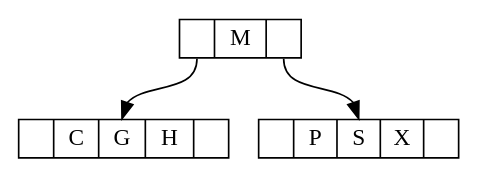
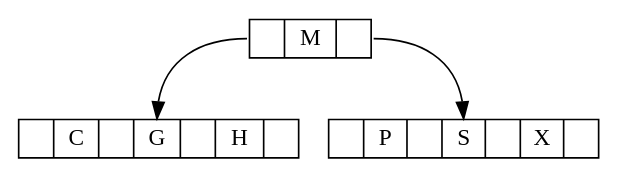
The diagram in Assignment 4/step7.dot (ericfode/CS320), drawn with Graphviz before and after one commit. The commit also changed 10 other files, not shown here.

```diff
--- a/Assignment 4/step7.dot
+++ b/Assignment 4/step7.dot
@@ -1,11 +1,9 @@
 digraph one {
 	node [shape = record, height=.1];
 	node0[label = "<f0> | <f1> M | <f2> "];
-	node1[label = "<f0> | <f1> C | <f2> G |<f3> H | <f4> "];
-	node2[label = "<f0> | <f1> P |<f2> S |<f3> X | <f4> "];
+	node1[label = "<f0> | <f1> C || <f2> G ||<f3> H | <f4> "];
+	node2[label = "<f0> | <f1> P ||<f2> S ||<f3> X | <f4> "];
 	
 	"node0":f0 -> "node1":f2;
 	"node0":f2 -> "node2":f2;
-	
-
 }
```
